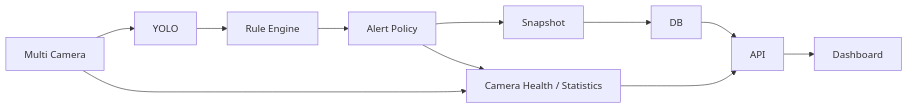
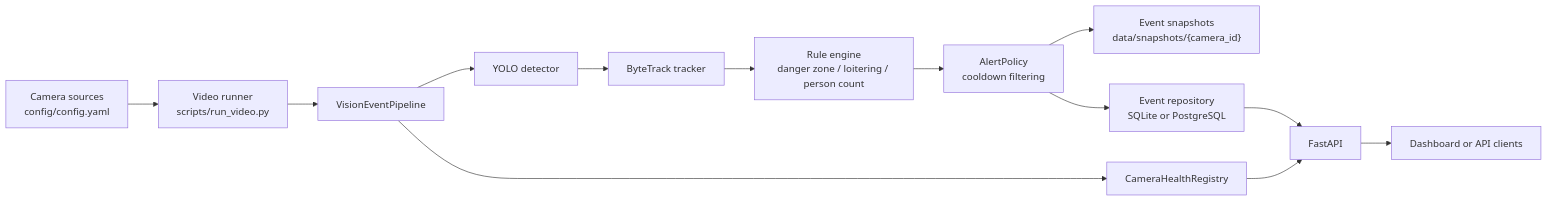
The diagram in README.md (jiyeon0715/vision-event-platform), drawn with Mermaid before and after one commit. The commit also changed other lines of this file, not shown here.

````diff
--- a/README.md
+++ b/README.md
@@ -45,13 +24,15 @@
 ```mermaid
 flowchart LR
-    A["Multi Camera"] --> B["YOLO"]
-    B --> C["Rule Engine"]
-    C --> D["Alert Policy"]
-    D --> E["Snapshot"]
-    E --> F["DB"]
-    F --> G["API"]
-    G --> H["Dashboard"]
-    A --> I["Camera Health / Statistics"]
-    D --> I
-    I --> G
+    A["Camera sources<br/>config/config.yaml"] --> B["Video runner<br/>scripts/run_video.py"]
+    B --> C["VisionEventPipeline"]
+    C --> D["YOLO detector"]
+    D --> E["ByteTrack tracker"]
+    E --> F["Rule engine<br/>danger zone / loitering / person count"]
+    F --> G["AlertPolicy<br/>cooldown filtering"]
+    G --> H["Event snapshots<br/>data/snapshots/{camera_id}"]
+    G --> I["Event repository<br/>SQLite or PostgreSQL"]
+    C --> J["CameraHealthRegistry"]
+    I --> K["FastAPI"]
+    J --> K
+    K --> L["Dashboard or API clients"]
 ```
````
